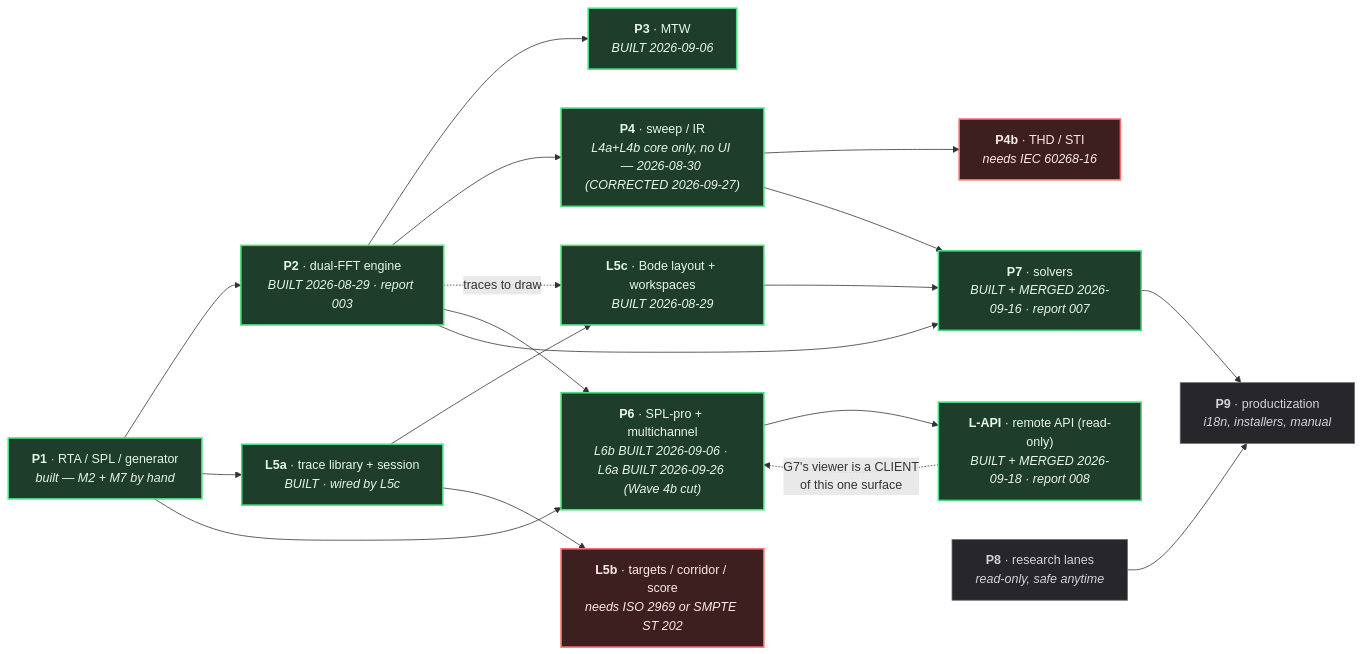
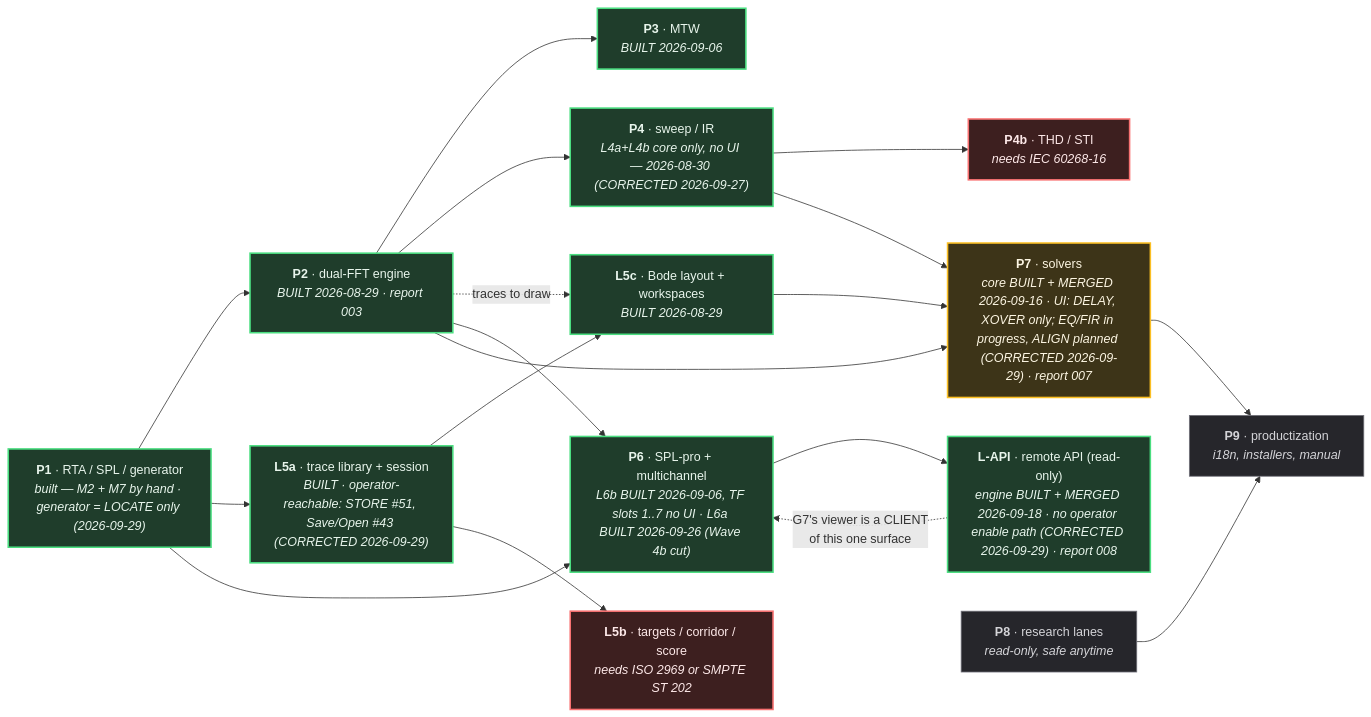
Before and after one commit to toanaz-ops/rta-tool: the diagram in docs/plans/MASTER-EXECUTION-PLAN.md, drawn with Mermaid. The commit also changed other lines of this file and 1 other file, not shown here.

First line of the commit message:
docs: status snapshot 2026-09-29 -- roadmap percent

````diff
--- a/docs/plans/MASTER-EXECUTION-PLAN.md
+++ b/docs/plans/MASTER-EXECUTION-PLAN.md
@@ -357,40 +423,41 @@
 ```mermaid
 graph LR
-    P1["<b>P1</b> · RTA / SPL / generator<br/><i>built — M2 + M7 by hand</i>"]
+    P1["<b>P1</b> · RTA / SPL / generator<br/><i>built — M2 + M7 by hand · generator = LOCATE only (2026-09-29)</i>"]
     P2["<b>P2</b> · dual-FFT engine<br/><i>BUILT 2026-08-29 · report 003</i>"]
     P3["<b>P3</b> · MTW<br/><i>BUILT 2026-09-06</i>"]
     P4["<b>P4</b> · sweep / IR<br/><i>L4a+L4b core only, no UI — 2026-08-30 (CORRECTED 2026-09-27)</i>"]
     P4b["<b>P4b</b> · THD / STI<br/><i>needs IEC 60268-16</i>"]
-    L5a["<b>L5a</b> · trace library + session<br/><i>BUILT · wired by L5c</i>"]
+    L5a["<b>L5a</b> · trace library + session<br/><i>BUILT · operator-reachable: STORE #51, Save/Open #43 (CORRECTED 2026-09-29)</i>"]
     L5b["<b>L5b</b> · targets / corridor / score<br/><i>needs ISO 2969 or SMPTE ST 202</i>"]
     L5c["<b>L5c</b> · Bode layout + workspaces<br/><i>BUILT 2026-08-29</i>"]
-    P6["<b>P6</b> · SPL-pro + multichannel<br/><i>L6b BUILT 2026-09-06 · L6a BUILT 2026-09-26 (Wave 4b cut)</i>"]
-    LAPI["<b>L-API</b> · remote API (read-only)<br/><i>BUILT + MERGED 2026-09-18 · report 008</i>"]
-    P7["<b>P7</b> · solvers<br/><i>BUILT + MERGED 2026-09-16 · report 007</i>"]
+    P6["<b>P6</b> · SPL-pro + multichannel<br/><i>L6b BUILT 2026-09-06, TF slots 1..7 no UI · L6a BUILT 2026-09-26 (Wave 4b cut)</i>"]
+    LAPI["<b>L-API</b> · remote API (read-only)<br/><i>engine BUILT + MERGED 2026-09-18 · no operator enable path (CORRECTED 2026-09-29) · report 008</i>"]
+    P7["<b>P7</b> · solvers<br/><i>core BUILT + MERGED 2026-09-16 · UI: DELAY, XOVER only; EQ/FIR in progress, ALIGN planned (CORRECTED 2026-09-29) · report 007</i>"]
     P8["<b>P8</b> · research lanes<br/><i>read-only, safe anytime</i>"]
     P9["<b>P9</b> · productization<br/><i>i18n, installers, manual</i>"]
 
     P1 --> P2 --> P3
     P2 --> P4 --> P4b
     P1 --> L5a --> L5c
     L5a --> L5b
     P2 -.->|"traces to draw"| L5c
     P1 --> P6
     P2 --> P6
     P6 --> LAPI
     LAPI -.->|"G7's viewer is a CLIENT<br/>of this one surface"| P6
     P2 --> P7
     P4 --> P7
     L5c --> P7
     P7 --> P9
     P8 --> P9
 
     classDef done fill:#1f3d2b,stroke:#4ade80,stroke-width:2px,color:#e8f5ec
     classDef next fill:#3d3418,stroke:#fbbf24,stroke-width:2px,color:#fdf6e3
     classDef blocked fill:#3d1f1f,stroke:#f87171,stroke-width:2px,color:#fde8e8
     classDef later fill:#26262b,stroke:#71717a,stroke-width:1px,color:#d4d4d8
 
-    class P1,P2,P3,P4,L5a,L5c,P7,LAPI,P6 done
+    class P1,P2,P3,P4,L5a,L5c,LAPI,P6 done
+    class P7 next
     class L5b,P4b blocked
     class P8,P9 later
 ```
````
